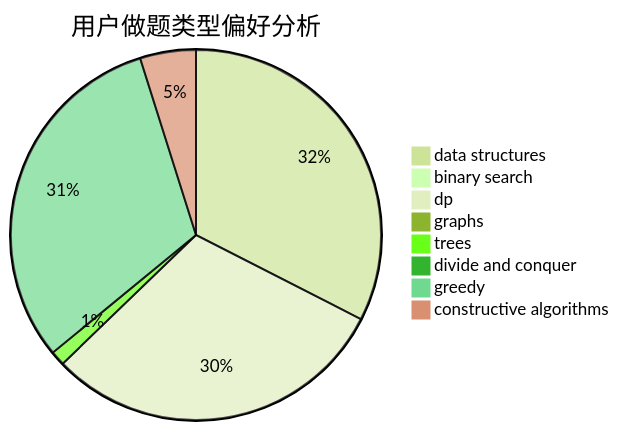
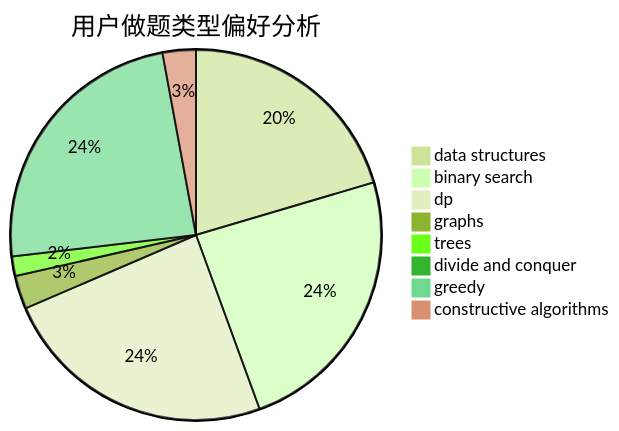
One commit to sherpahu/cfrs.github.io changed the second of 3 diagrams in docs/user/u2344.md. Above: the diagram before and after it, drawn with Mermaid (forest theme). The commit also changed other lines of this file and 2770 other files, not shown here.

````diff
--- a/docs/user/u2344.md
+++ b/docs/user/u2344.md
@@ -23,11 +23,11 @@
 ```mermaid
 pie title 用户做题类型偏好分析
-    "data structures" :  407
-    "binary search" :  4
-    "dp" :  379
-    "graphs" :  6
-    "trees" :  16
-    "divide and conquer" :  8
-    "greedy" :  389
-    "constructive algorithms" :  61
+    "data structures" :  394
+    "binary search" :  463
+    "dp" :  465
+    "graphs" :  56
+    "trees" :  33
+    "divide and conquer" :  1
+    "greedy" :  462
+    "constructive algorithms" :  56
 ```
````
